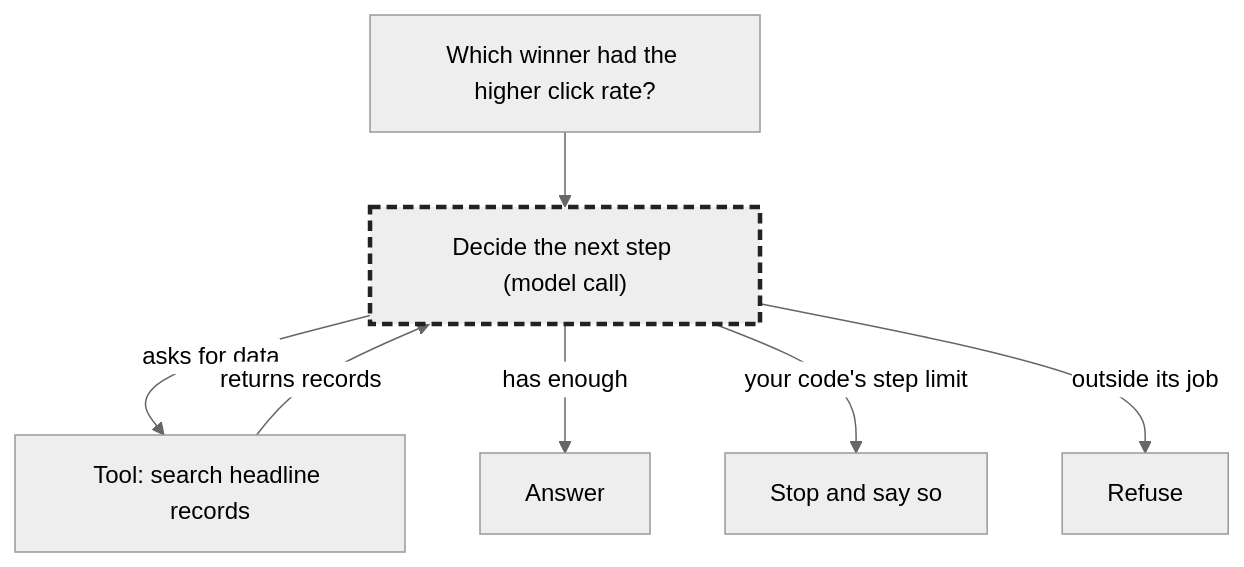
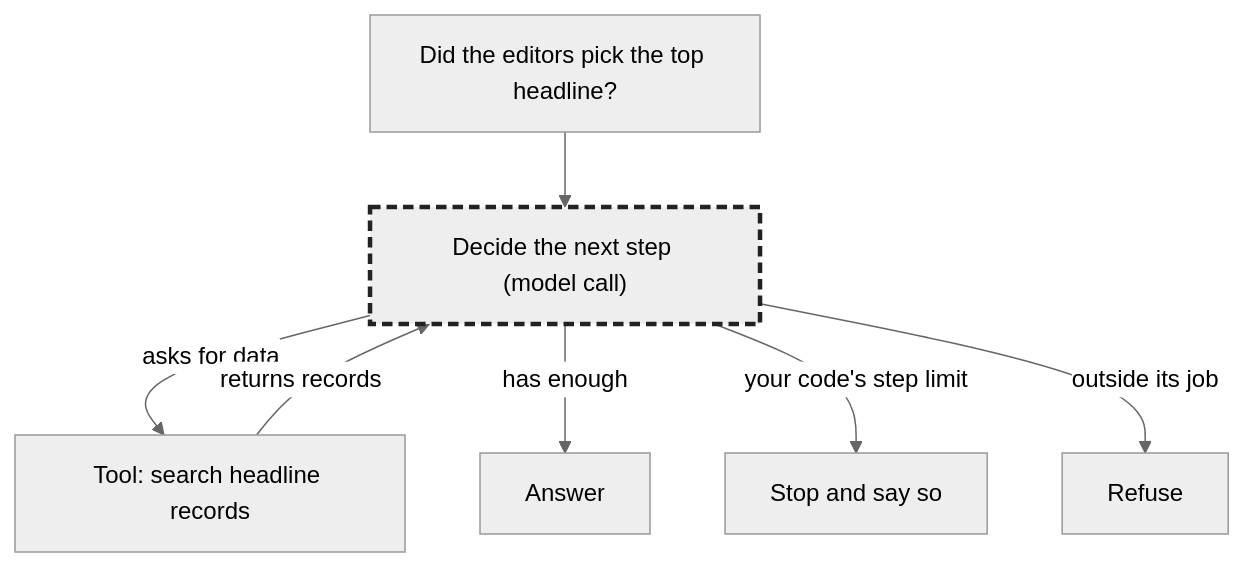
One commit to LMU-ISBA/isba-4775-fa26 changed the second of 2 diagrams in guides/workflow-and-agent.md. Above: the diagram before and after it, drawn with Mermaid (neutral theme). The commit also changed other lines of this file, not shown here.

````diff
--- a/guides/workflow-and-agent.md
+++ b/guides/workflow-and-agent.md
@@ -62,18 +61,18 @@
 ```mermaid
 flowchart TD
-    Q["Which winner had the higher click rate?"]
+    Q["Did the editors pick the top headline?"]
     M["Decide the next step (model call)"]:::model
     T["Tool: search headline records"]
     A["Answer"]
     S["Stop and say so"]
     X["Refuse"]
 
     Q --> M
     M -->|"asks for data"| T
     T -->|"returns records"| M
     M -->|"has enough"| A
     M -->|"your code's step limit"| S
     M -->|"outside its job"| X
 
     classDef model stroke:#222,stroke-width:3px,stroke-dasharray:7 4
 ```
````
